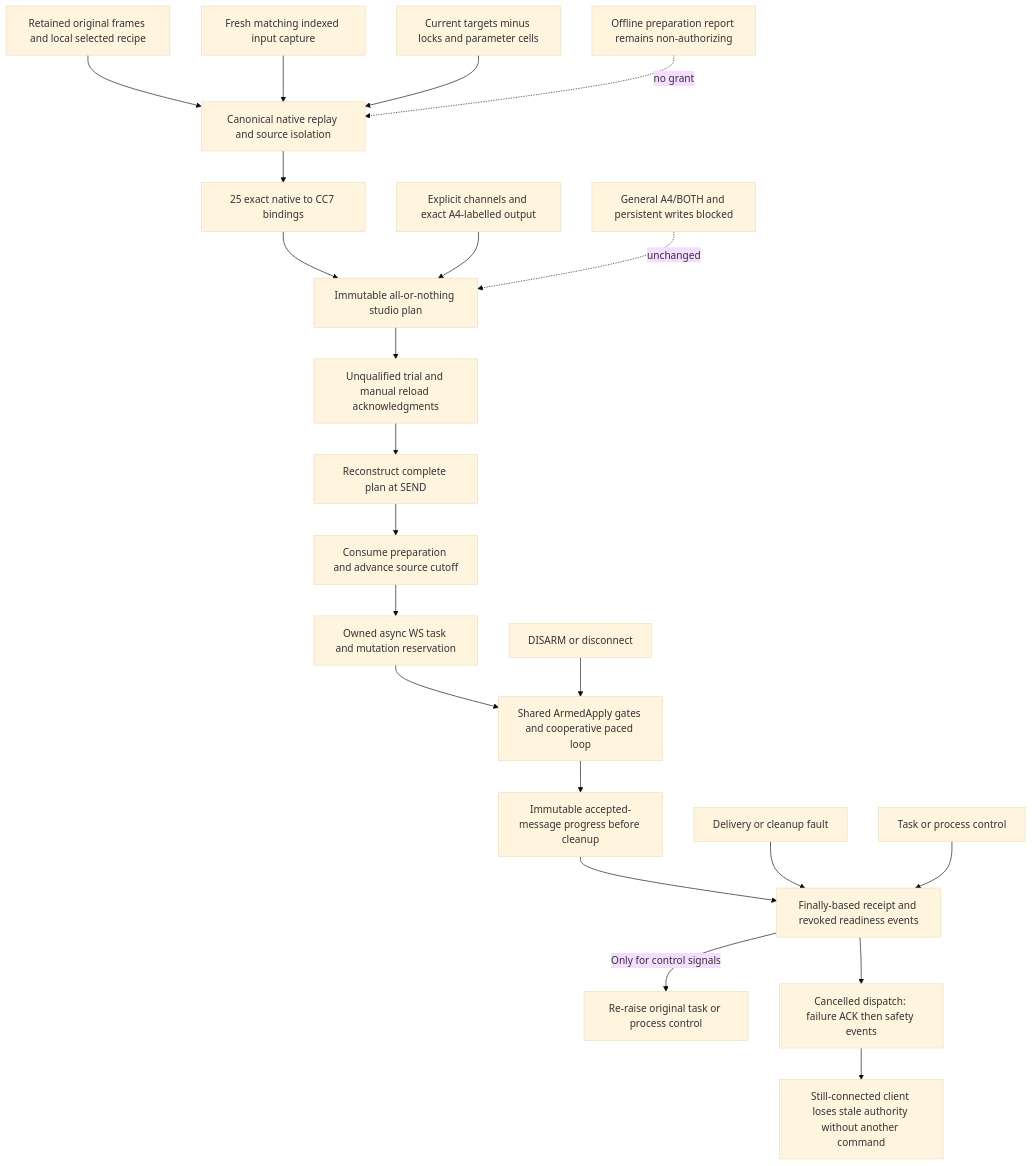
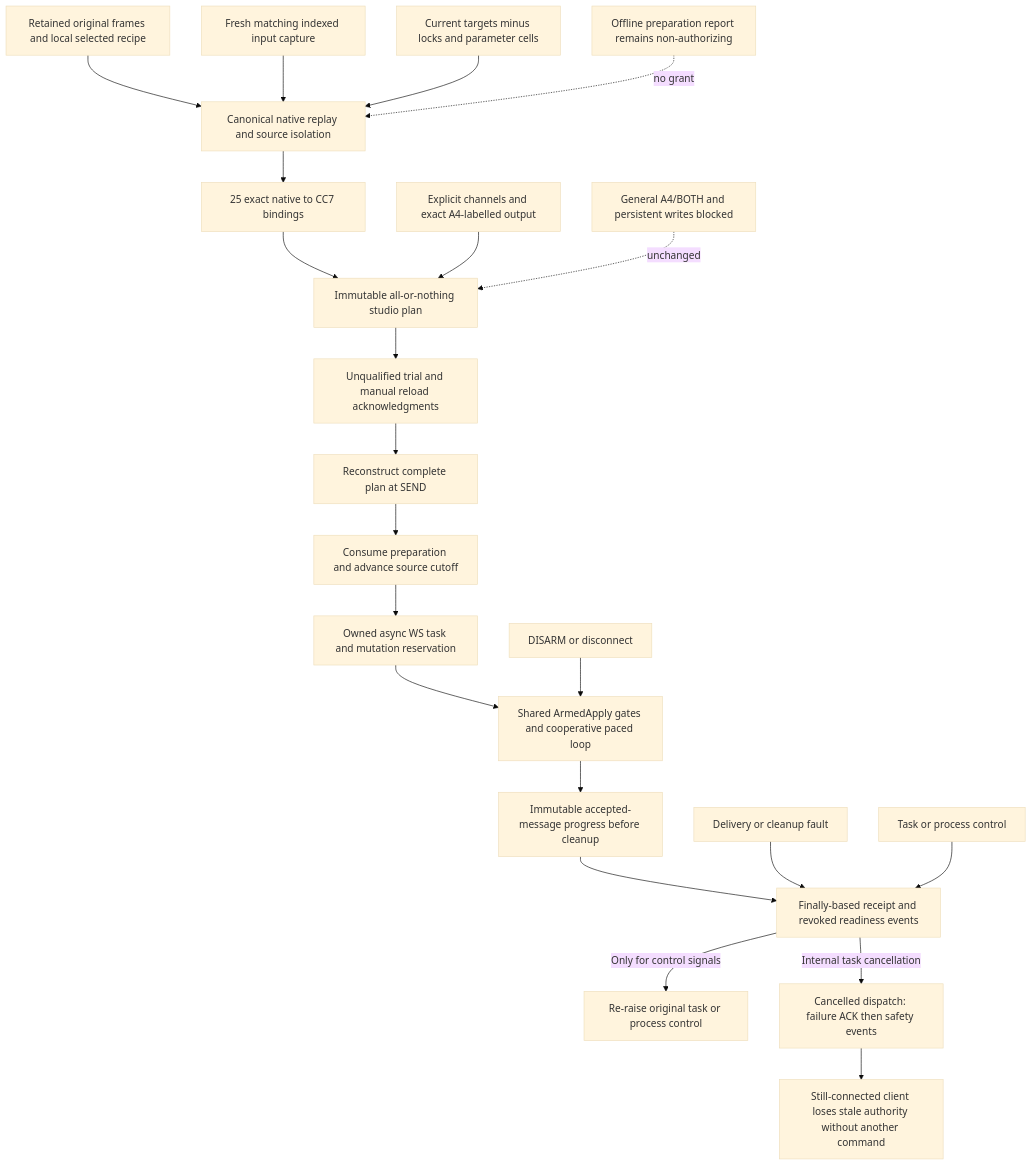
Before and after one commit to buzzijose-hub/RytmRandomizer: diagram 42 of 42 in docs/ARCHITECTURE_DIAGRAMS.md, drawn with Mermaid (base theme). The commit also changed 7 other files, not shown here.

````diff
--- a/docs/ARCHITECTURE_DIAGRAMS.md
+++ b/docs/ARCHITECTURE_DIAGRAMS.md
@@ -3562,24 +3562,24 @@
 ```mermaid
 flowchart TD
     Sources[Retained original frames and local selected recipe] --> Verify[Canonical native replay and source isolation]
     Capture[Fresh matching indexed input capture] --> Verify
     Scope[Current targets minus locks and parameter cells] --> Verify
     Verify --> Scalars[25 exact native to CC7 bindings]
     Scalars --> Plan[Immutable all-or-nothing studio plan]
     Routing[Explicit channels and exact A4-labelled output] --> Plan
     Plan --> Confirm[Unqualified trial and manual reload acknowledgments]
     Confirm --> Recheck[Reconstruct complete plan at SEND]
     Recheck --> Consume[Consume preparation and advance source cutoff]
     Consume --> Task[Owned async WS task and mutation reservation]
     Task --> Armed[Shared ArmedApply gates and cooperative paced loop]
     Disarm[DISARM or disconnect] --> Armed
     Armed --> Progress[Immutable accepted-message progress before cleanup]
     Progress --> Receipt[Finally-based receipt and revoked readiness events]
     Fault[Delivery or cleanup fault] --> Receipt
     Control[Task or process control] --> Receipt
     Receipt -->|Only for control signals| Propagate[Re-raise original task or process control]
-    Receipt --> CancelWire[Cancelled dispatch: failure ACK then safety events]
+    Receipt -->|Internal task cancellation| CancelWire[Cancelled dispatch: failure ACK then safety events]
     CancelWire --> Connected[Still-connected client loses stale authority without another command]
     Holds[General A4/BOTH and persistent writes blocked] -. unchanged .-> Plan
     Offline[Offline preparation report remains non-authorizing] -. no grant .-> Verify
 ```
````
